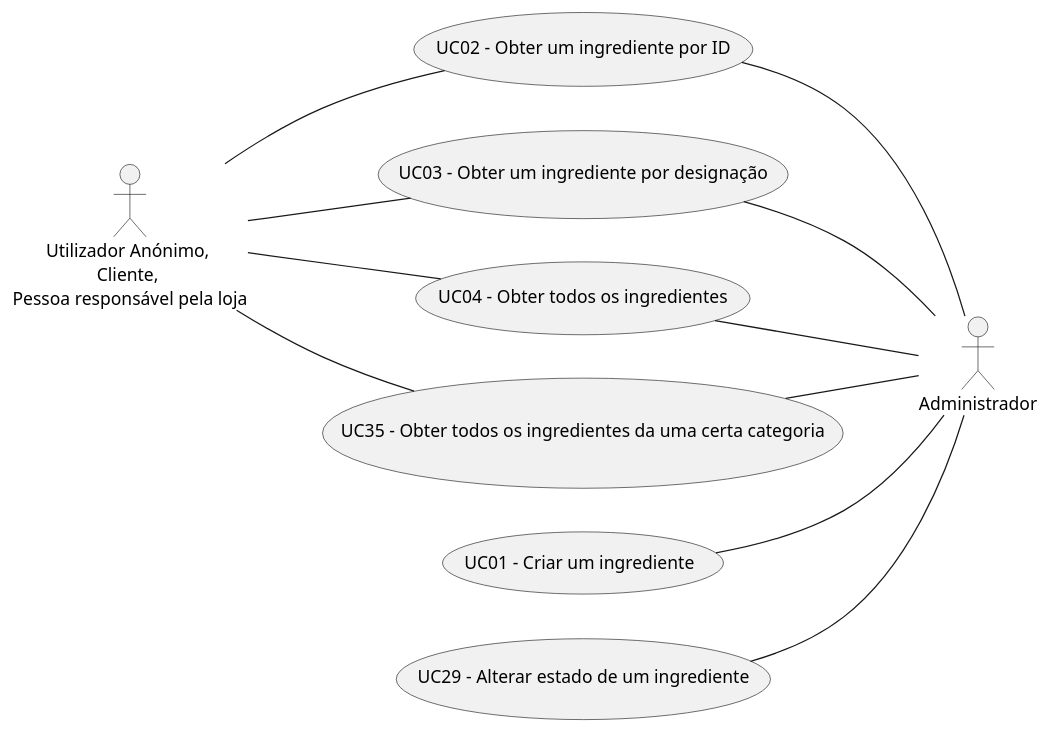
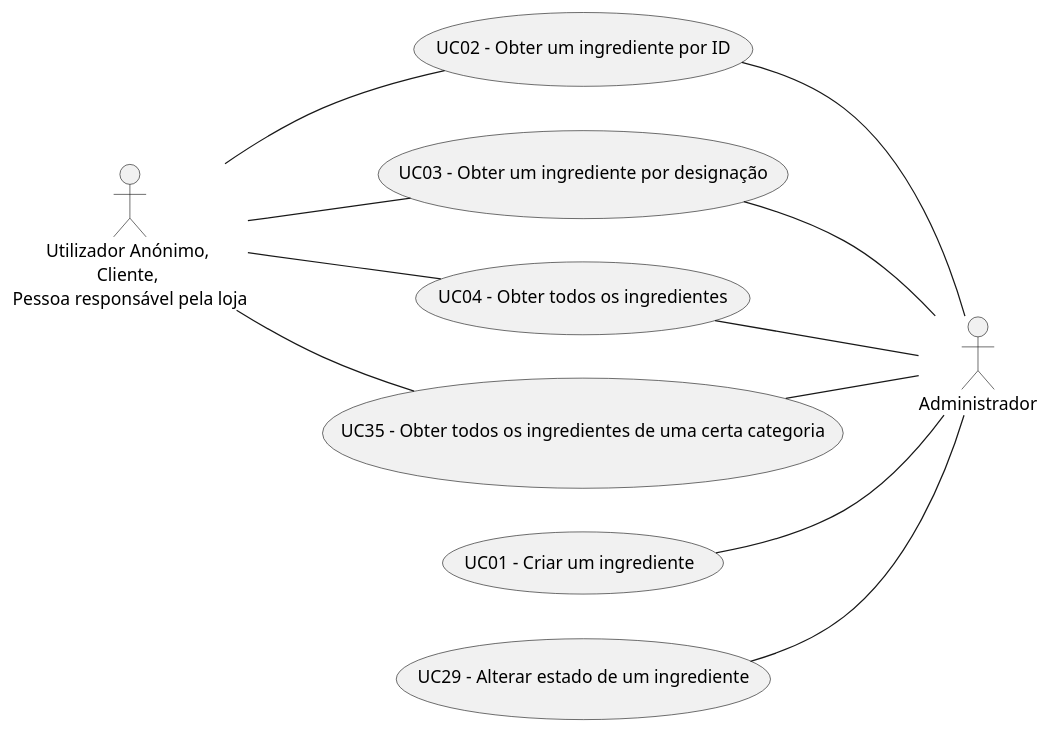
One commit to TiagoNora/ballerina-project changed the diagram in design/userCasesIngrediente.puml. Above: the diagram before and after it, drawn with PlantUML. The commit also changed 77 other files, not shown here.

```diff
--- a/design/userCasesIngrediente.puml
+++ b/design/userCasesIngrediente.puml
@@ -1,28 +1,28 @@
 @startuml
 
 skinparam defaultTextAlignment center
 
 left to right direction
 
 :Utilizador Anónimo, \nCliente, \nPessoa responsável pela loja: as c
 :Administrador: as admin
 
 (UC01 - Criar um ingrediente) as UC01
 (UC02 - Obter um ingrediente por ID) as UC02
 (UC03 - Obter um ingrediente por designação) as UC03
 (UC04 - Obter todos os ingredientes) as UC04
 (UC29 - Alterar estado de um ingrediente) as UC29
-(UC35 - Obter todos os ingredientes da uma certa categoria) as UC35
+(UC35 - Obter todos os ingredientes de uma certa categoria) as UC35
 
 UC01 -- admin
 UC29 -- admin
 UC02 -- admin
 UC03 -- admin
 UC04 -- admin
 UC35 -- admin
 
 c -- UC02
 c -- UC03
 c -- UC04
 c -- UC35
 @end
```
